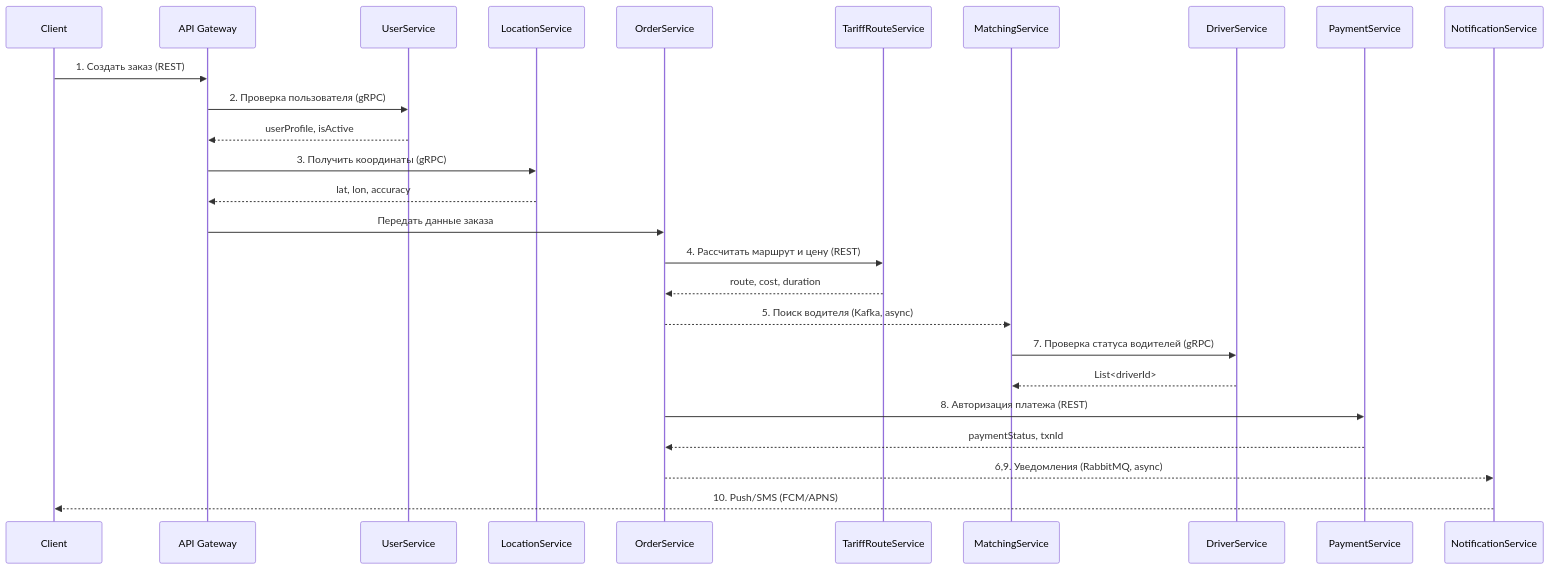
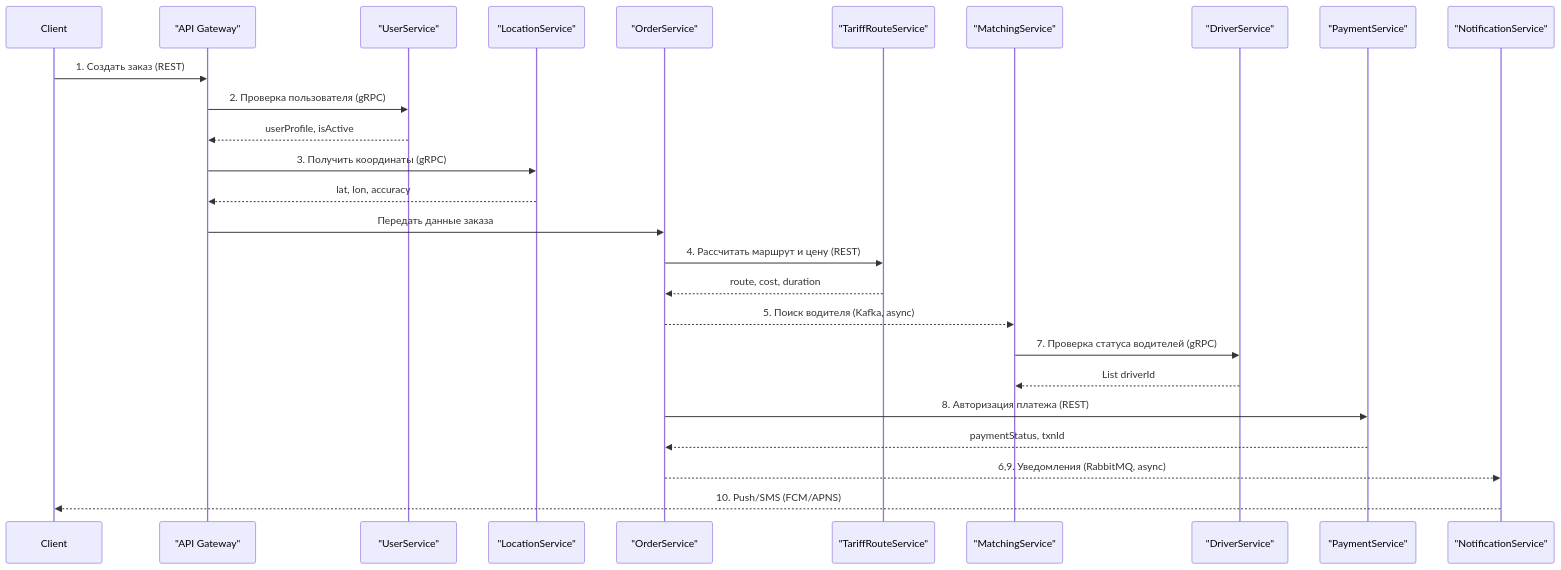
Before and after one commit to Orphey1974/ASP.NET: the first of 2 diagrams in Homeworks/NoSQL/Docs/plan-migration-microservices.md, drawn with Mermaid. The commit also changed other lines of this file, not shown here.

Commit message:
Обновление документации по миграции микросервисов: исправлены форматирование и стилистические ошибки, улучшены описания в диаграммах и ключевых фрагментах реализации.

````diff
--- a/Homeworks/NoSQL/Docs/plan-migration-microservices.md
+++ b/Homeworks/NoSQL/Docs/plan-migration-microservices.md
@@ -59,29 +59,29 @@
 ```mermaid
 sequenceDiagram
     participant Client
-    participant API_GW as API Gateway
-    participant UserS as UserService
-    participant LocationS as LocationService
-    participant OrderS as OrderService
-    participant TariffS as TariffRouteService
-    participant MatchS as MatchingService
-    participant DriverS as DriverService
-    participant PayS as PaymentService
-    participant NotifS as NotificationService
+    participant API_GW as "API Gateway"
+    participant UserS as "UserService"
+    participant LocationS as "LocationService"
+    participant OrderS as "OrderService"
+    participant TariffS as "TariffRouteService"
+    participant MatchS as "MatchingService"
+    participant DriverS as "DriverService"
+    participant PayS as "PaymentService"
+    participant NotifS as "NotificationService"
 
     Client->>API_GW: 1. Создать заказ (REST)
     API_GW->>UserS: 2. Проверка пользователя (gRPC)
     UserS-->>API_GW: userProfile, isActive
     API_GW->>LocationS: 3. Получить координаты (gRPC)
     LocationS-->>API_GW: lat, lon, accuracy
     API_GW->>OrderS: Передать данные заказа
     OrderS->>TariffS: 4. Рассчитать маршрут и цену (REST)
     TariffS-->>OrderS: route, cost, duration
     OrderS-->>MatchS: 5. Поиск водителя (Kafka, async)
     MatchS->>DriverS: 7. Проверка статуса водителей (gRPC)
-    DriverS-->>MatchS: List<driverId>
+    DriverS-->>MatchS: List driverId
     OrderS->>PayS: 8. Авторизация платежа (REST)
     PayS-->>OrderS: paymentStatus, txnId
     OrderS-->>NotifS: 6,9. Уведомления (RabbitMQ, async)
     NotifS-->>Client: 10. Push/SMS (FCM/APNS)
 ```
````
